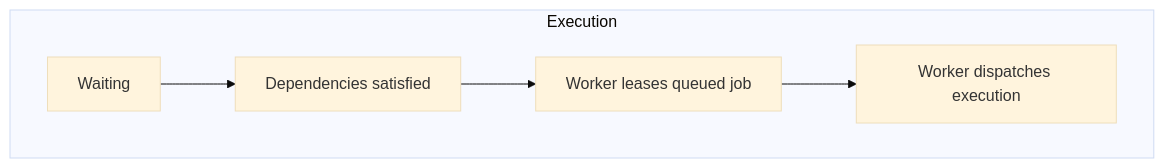
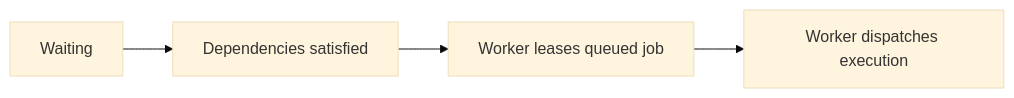
The fourth of 6 diagrams in README.md (edkuperman/chronosched), drawn with Mermaid (base theme) before and after one commit. The commit also changed other lines of this file, not shown here.

Commit message:
- Better job execution lifecycle  README.md

````diff
--- a/README.md
+++ b/README.md
@@ -252,9 +257,6 @@
 ```mermaid
 flowchart LR
-    subgraph Phase2 [Execution]
-        direction LR
-        Waiting --> Ready[Dependencies satisfied]
-        Ready --> Lease[Worker leases queued job]
-        Lease --> Dispatch[Worker dispatches execution]
-    end
+    Waiting --> Ready[Dependencies satisfied]
+    Ready --> Lease[Worker leases queued job]
+    Lease --> Dispatch[Worker dispatches execution]
 ```
````
